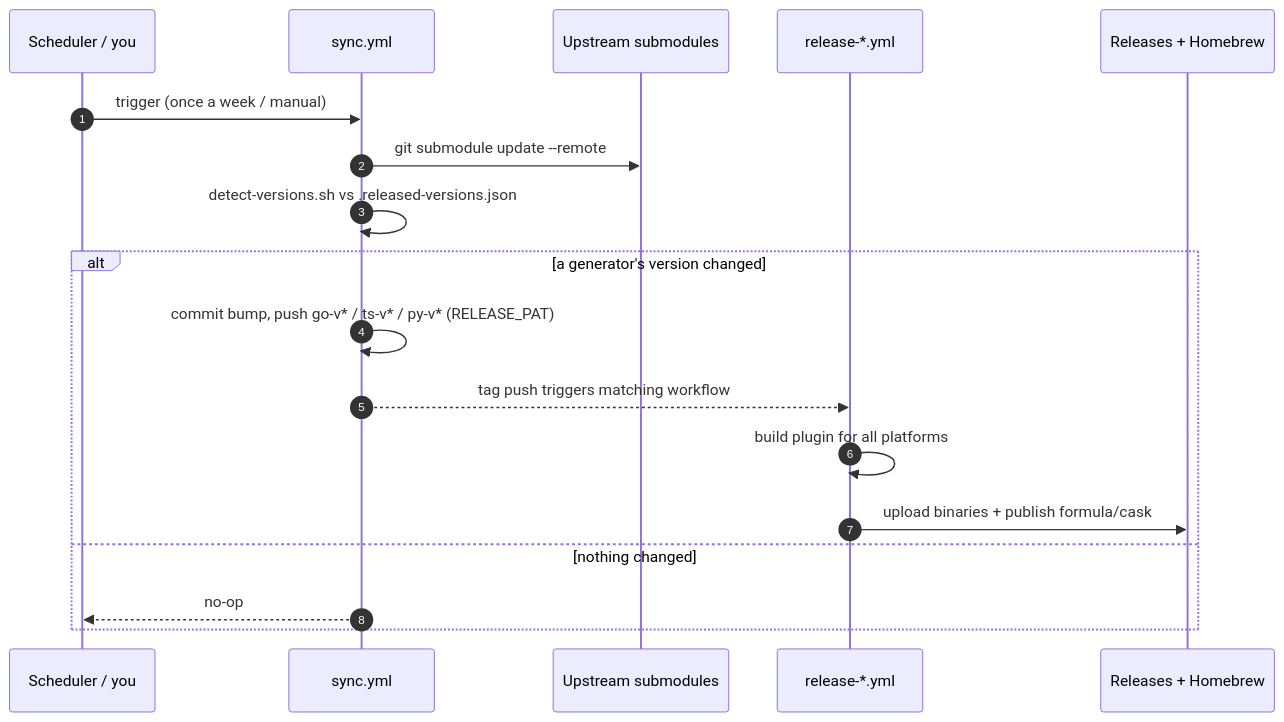
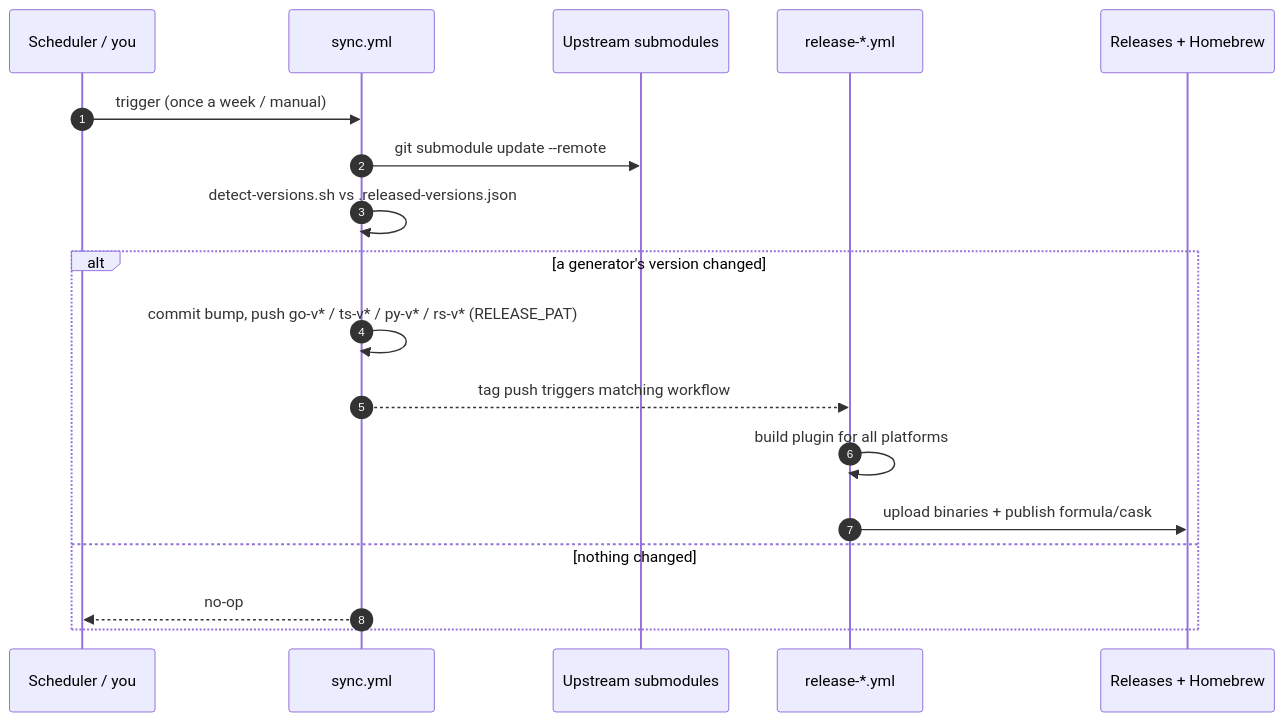
One commit to the-protobuf-project/gapic changed the second of 2 diagrams in README.md. Above: the diagram before and after it, drawn with Mermaid. The commit also changed other lines of this file and 5 other files, not shown here.

````diff
--- a/README.md
+++ b/README.md
@@ -118,20 +135,20 @@
 ```mermaid
 sequenceDiagram
     autonumber
     participant Cron as Scheduler / you
     participant Sync as sync.yml
     participant Up as Upstream submodules
     participant Rel as release-*.yml
     participant Dist as Releases + Homebrew
     Cron->>Sync: trigger (once a week / manual)
     Sync->>Up: git submodule update --remote
     Sync->>Sync: detect-versions.sh vs .released-versions.json
     alt a generator's version changed
-        Sync->>Sync: commit bump, push go-v* / ts-v* / py-v* (RELEASE_PAT)
+        Sync->>Sync: commit bump, push go-v* / ts-v* / py-v* / rs-v* (RELEASE_PAT)
         Sync-->>Rel: tag push triggers matching workflow
         Rel->>Rel: build plugin for all platforms
         Rel->>Dist: upload binaries + publish formula/cask
     else nothing changed
         Sync-->>Cron: no-op
     end
 ```
````
